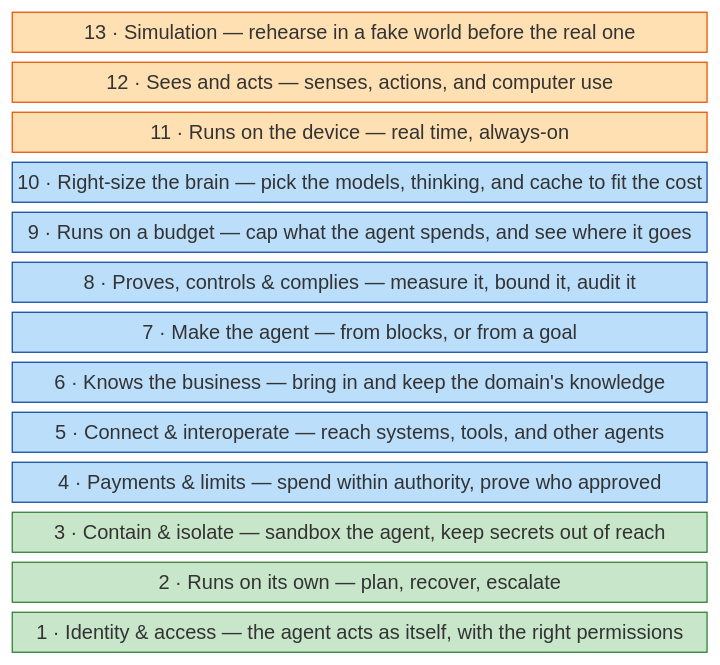
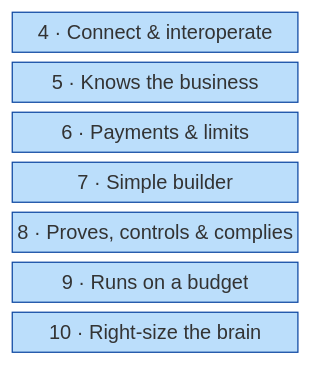
Before and after one commit to michaelatamuk/agentic-desk: the fourth of 5 diagrams in docs-michael/agentic-stack-vertical.md, drawn with Mermaid. The commit also changed other lines of this file, not shown here.

````diff
--- a/docs-michael/agentic-stack-vertical.md
+++ b/docs-michael/agentic-stack-vertical.md
@@ -80,30 +90,18 @@
 ```mermaid
 block-beta
   columns 1
-  L13["13 · Simulation — rehearse in a fake world before the real one"]:1
-  L12["12 · Sees and acts — senses, actions, and computer use"]:1
-  L11["11 · Runs on the device — real time, always-on"]:1
-  L10["10 · Right-size the brain — pick the models, thinking, and cache to fit the cost"]:1
-  L9["9 · Runs on a budget — cap what the agent spends, and see where it goes"]:1
-  L8["8 · Proves, controls & complies — measure it, bound it, audit it"]:1
-  L7["7 · Make the agent — from blocks, or from a goal"]:1
-  L6["6 · Knows the business — bring in and keep the domain's knowledge"]:1
-  L5["5 · Connect & interoperate — reach systems, tools, and other agents"]:1
-  L4["4 · Payments & limits — spend within authority, prove who approved"]:1
-  L3["3 · Contain & isolate — sandbox the agent, keep secrets out of reach"]:1
-  L2["2 · Runs on its own — plan, recover, escalate"]:1
-  L1["1 · Identity & access — the agent acts as itself, with the right permissions"]:1
-  style L1 fill:#c8e6c9,stroke:#2e7d32,color:#000000
-  style L2 fill:#c8e6c9,stroke:#2e7d32,color:#000000
-  style L3 fill:#c8e6c9,stroke:#2e7d32,color:#000000
-  style L4 fill:#bbdefb,stroke:#0d47a1,color:#000000
-  style L5 fill:#bbdefb,stroke:#0d47a1,color:#000000
-  style L6 fill:#bbdefb,stroke:#0d47a1,color:#000000
-  style L7 fill:#bbdefb,stroke:#0d47a1,color:#000000
-  style L8 fill:#bbdefb,stroke:#0d47a1,color:#000000
-  style L9 fill:#bbdefb,stroke:#0d47a1,color:#000000
-  style L10 fill:#bbdefb,stroke:#0d47a1,color:#000000
-  style L11 fill:#ffe0b2,stroke:#e65100,color:#000000
-  style L12 fill:#ffe0b2,stroke:#e65100,color:#000000
-  style L13 fill:#ffe0b2,stroke:#e65100,color:#000000
+  B4["4 · Connect & interoperate"]:1
+  B5["5 · Knows the business"]:1
+  B6["6 · Payments & limits"]:1
+  B7["7 · Simple builder"]:1
+  B8["8 · Proves, controls & complies"]:1
+  B9["9 · Runs on a budget"]:1
+  B10["10 · Right-size the brain"]:1
+  style B4 fill:#bbdefb,stroke:#0d47a1,color:#000000
+  style B5 fill:#bbdefb,stroke:#0d47a1,color:#000000
+  style B6 fill:#bbdefb,stroke:#0d47a1,color:#000000
+  style B7 fill:#bbdefb,stroke:#0d47a1,color:#000000
+  style B8 fill:#bbdefb,stroke:#0d47a1,color:#000000
+  style B9 fill:#bbdefb,stroke:#0d47a1,color:#000000
+  style B10 fill:#bbdefb,stroke:#0d47a1,color:#000000
 ```
````
